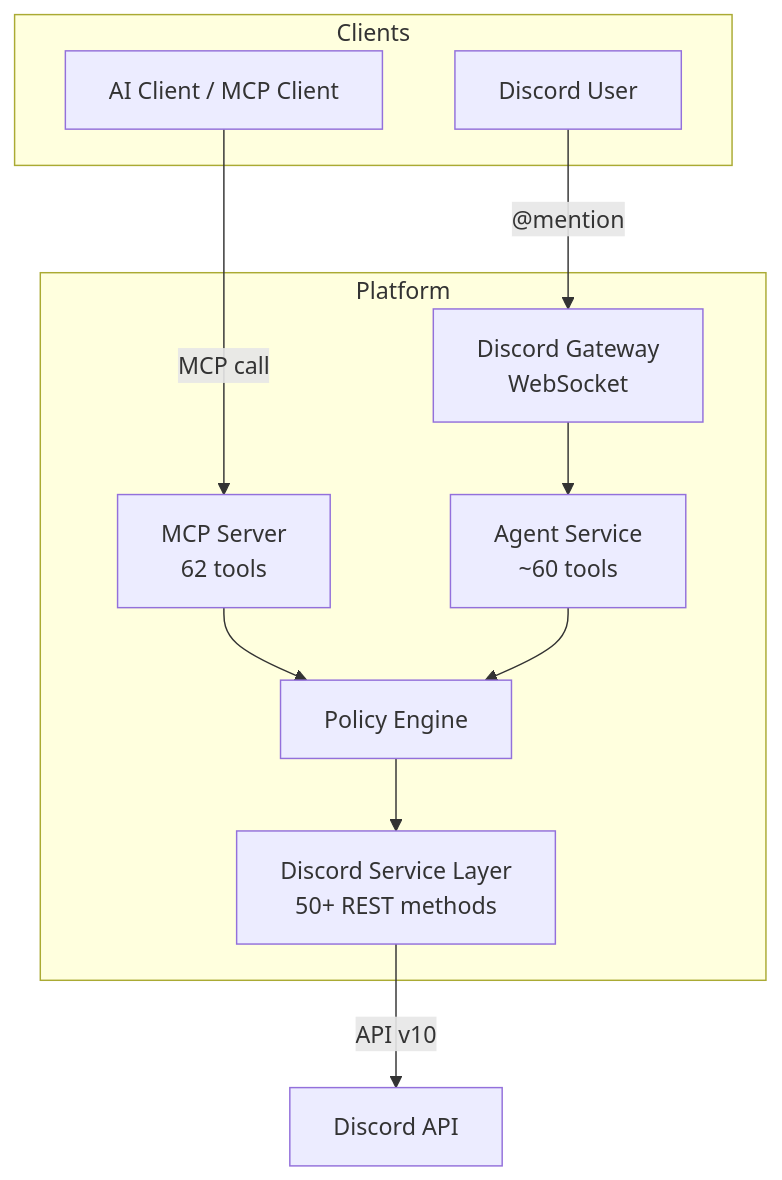
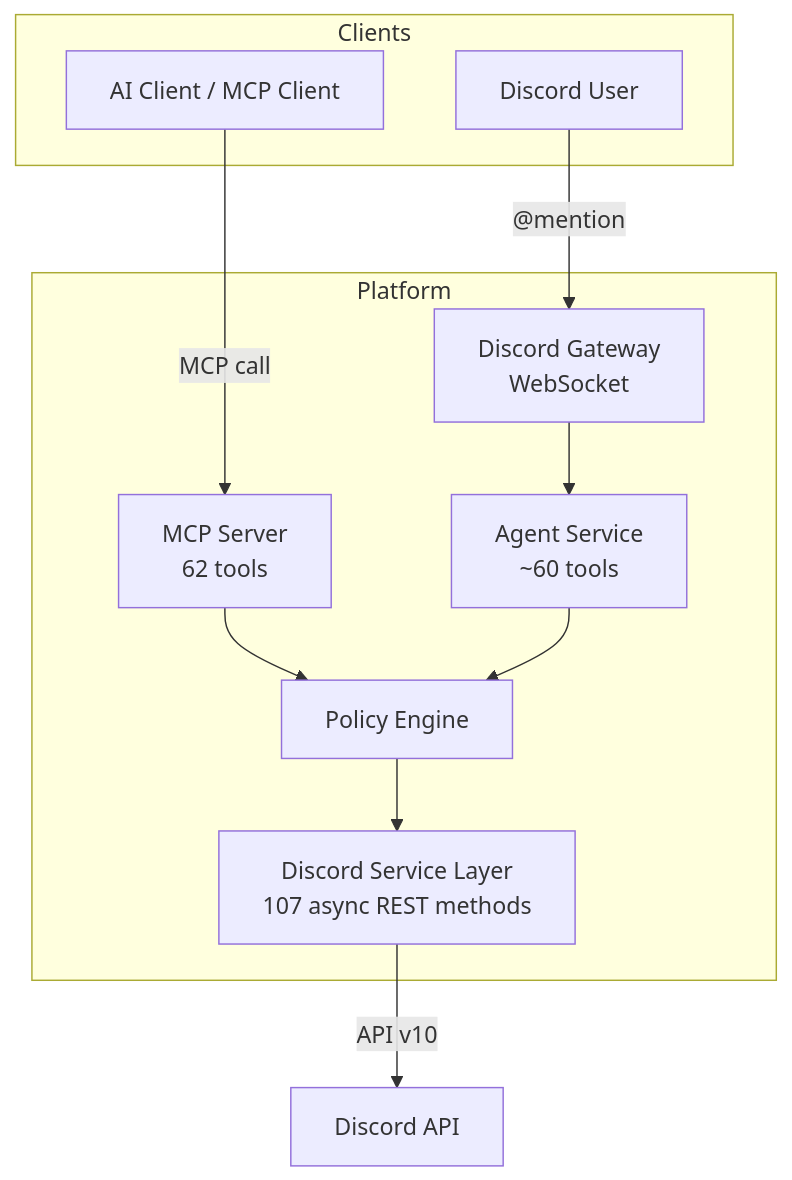
One commit to Rastrian/DiscordMCP changed the first of 5 diagrams in README.md. Above: the diagram before and after it, drawn with Mermaid. The commit also changed other lines of this file and 15 other files, not shown here.

````diff
--- a/README.md
+++ b/README.md
@@ -23,23 +23,23 @@
 ```mermaid
 graph TD
     subgraph "Clients"
         AI["AI Client / MCP Client"]
         DU["Discord User"]
     end
 
     subgraph "Platform"
         MCPS["MCP Server<br/>62 tools"]
         GW["Discord Gateway<br/>WebSocket"]
         PE["Policy Engine"]
         AGENT["Agent Service<br/>~60 tools"]
-        SVC["Discord Service Layer<br/>50+ REST methods"]
+        SVC["Discord Service Layer<br/>107 async REST methods"]
     end
 
     AI -->|MCP call| MCPS
     DU -->|"@mention"| GW
     MCPS --> PE
     GW --> AGENT
     AGENT --> PE
     PE --> SVC
     SVC -->|API v10| DISC["Discord API"]
 ```
````
